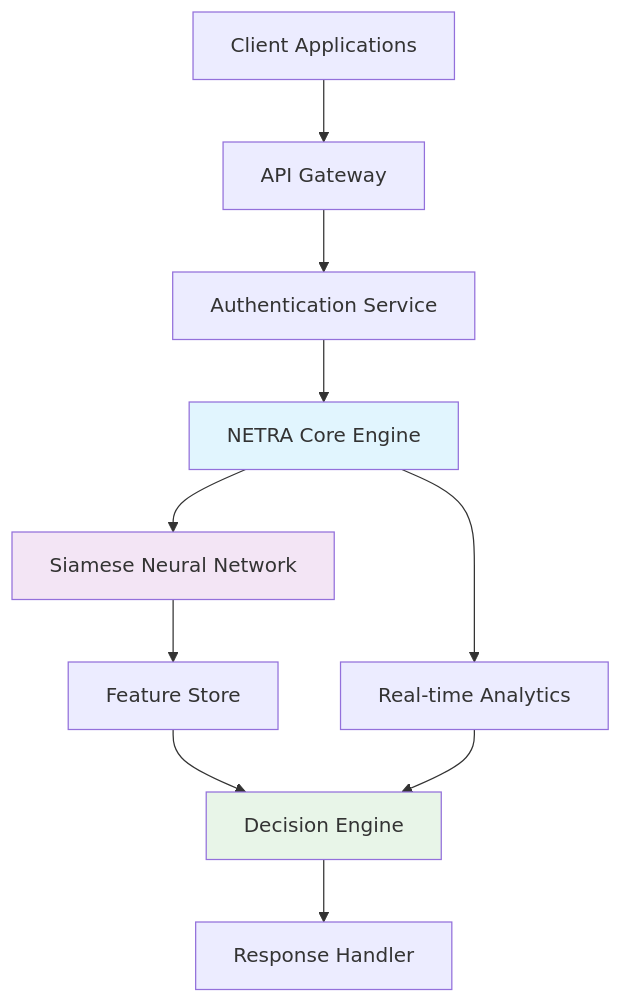
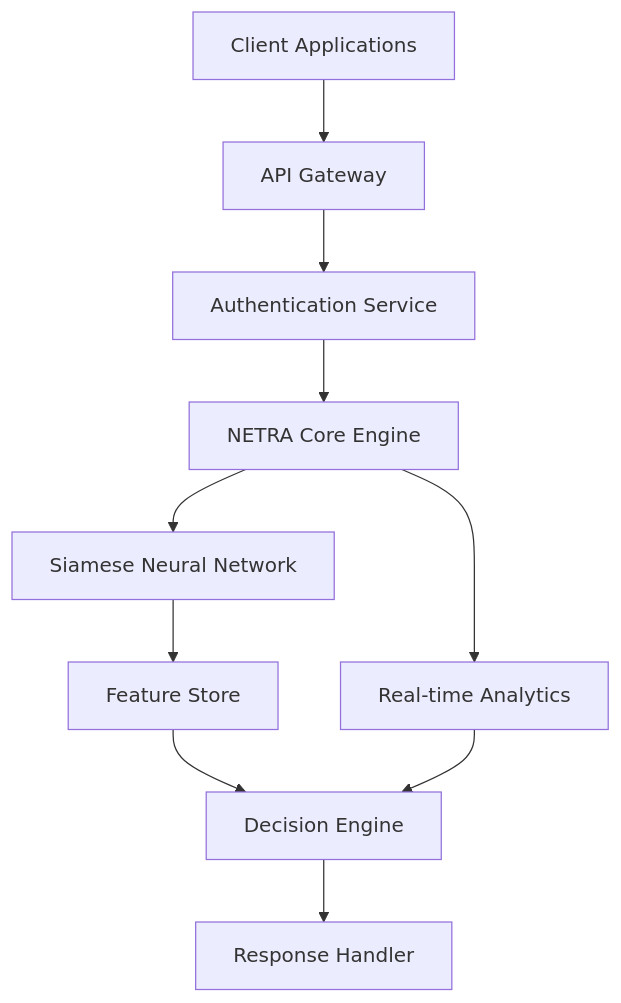
Before and after one commit to pranit27-debug/NETRA-Facial-Recognition-system: the diagram in README.md, drawn with Mermaid.

````diff
--- a/README.md
+++ b/README.md
@@ -40,16 +40,13 @@
 ```mermaid
 graph TB
     A[Client Applications] --> B[API Gateway]
     B --> C[Authentication Service]
     C --> D[NETRA Core Engine]
     D --> E[Siamese Neural Network]
     E --> F[Feature Store]
     D --> G[Real-time Analytics]
     F --> H[Decision Engine]
     G --> H
     H --> I[Response Handler]
     
-    style D fill:#e1f5fe
-    style E fill:#f3e5f5
-    style H fill:#e8f5e8
 ```
````
